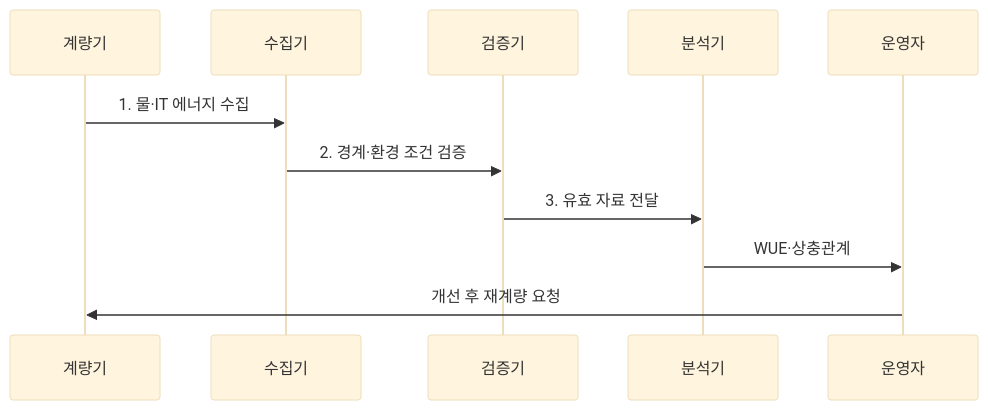
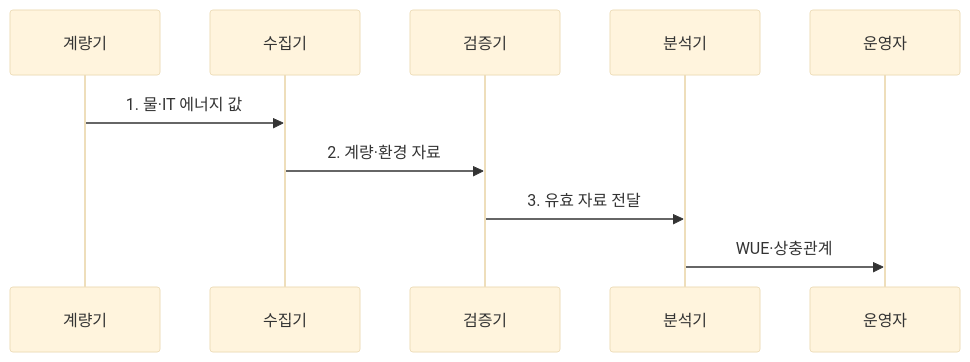
The second of 2 diagrams in src/content/docs/notes/02-hardware/059_water_usage_effectiveness.md (agnusdei1207/knowledge-base), drawn with Mermaid (base theme) before and after one commit. The commit also changed other lines of this file and 20 other files, not shown here.

````diff
--- a/src/content/docs/notes/02-hardware/059_water_usage_effectiveness.md
+++ b/src/content/docs/notes/02-hardware/059_water_usage_effectiveness.md
@@ -87,14 +88,13 @@
 ```mermaid
 sequenceDiagram
     participant M as 계량기
     participant C as 수집기
     participant V as 검증기
     participant A as 분석기
     participant O as 운영자
 
-    M->>C: 1. 물·IT 에너지 수집
-    C->>V: 2. 경계·환경 조건 검증
+    M->>C: 1. 물·IT 에너지 값
+    C->>V: 2. 계량·환경 자료
     V->>A: 3. 유효 자료 전달
     A->>O: WUE·상충관계
-    O->>M: 개선 후 재계량 요청
 ```
````
